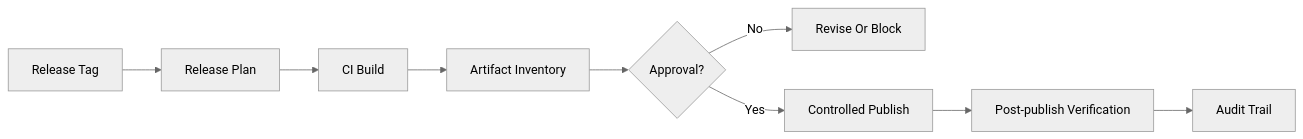
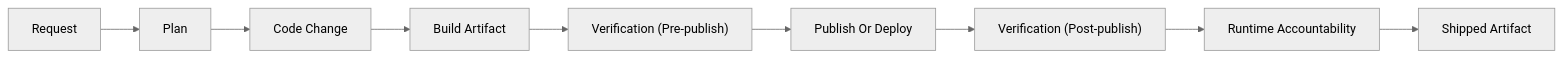
One commit to nnennandukwe/governed-agent-autonomy-patterns changed the seventh of 7 diagrams in docs/diagrams.md. Above: the diagram before and after it, drawn with Mermaid (neutral theme). The commit also changed other lines of this file and 8 other files, not shown here.

````diff
--- a/docs/diagrams.md
+++ b/docs/diagrams.md
@@ -121,11 +123,11 @@
 ```mermaid
 flowchart LR
-  T["Release Tag"] --> P["Release Plan"]
-  P --> B["CI Build"]
-  B --> I["Artifact Inventory"]
-  I --> A{"Approval?"}
-  A -- "No" --> R["Revise Or Block"]
-  A -- "Yes" --> U["Controlled Publish"]
-  U --> V["Post-publish Verification"]
-  V --> L["Audit Trail"]
+  R["Request"] --> P["Plan"]
+  P --> C["Code Change"]
+  C --> B["Build Artifact"]
+  B --> V1["Verification (Pre-publish)"]
+  V1 --> U["Publish Or Deploy"]
+  U --> V2["Verification (Post-publish)"]
+  V2 --> A["Runtime Accountability"]
+  A --> S["Shipped Artifact"]
 ```
````
